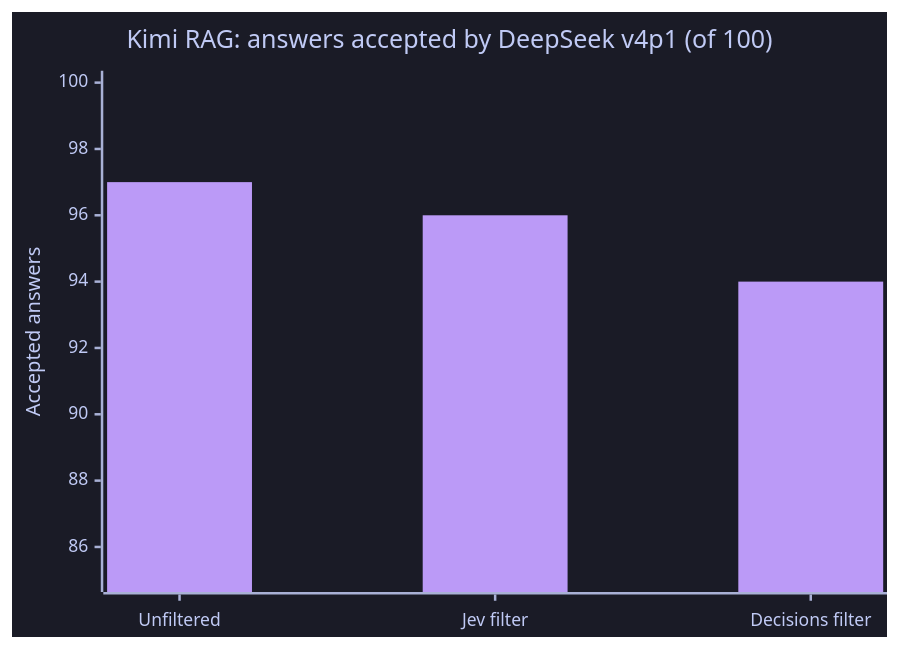
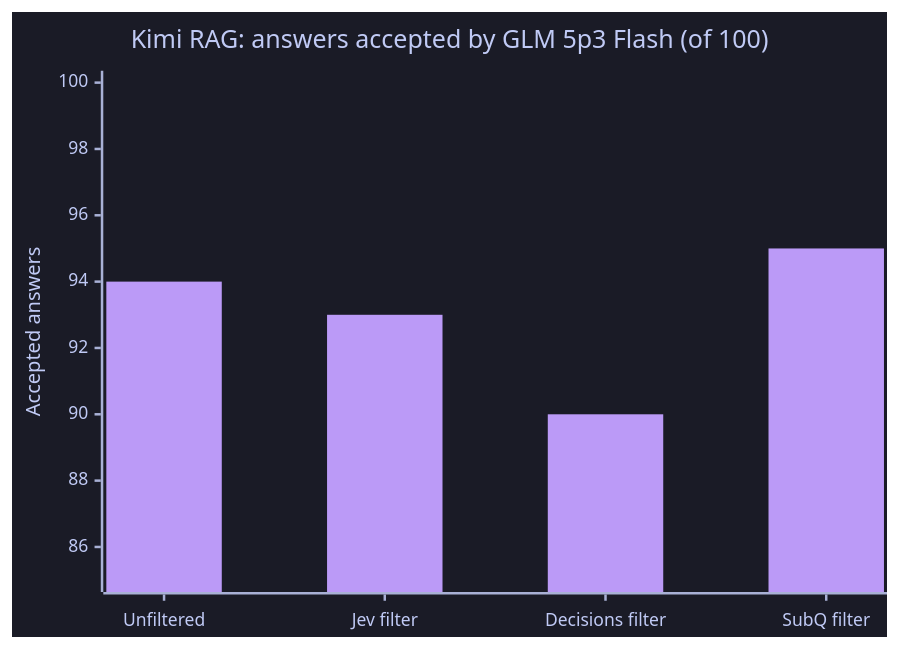
The second of 2 diagrams in experiments/jev-search-result-narrower/README.md (dorkitude/decision-model-testing), drawn with Mermaid before and after one commit. The commit also changed other lines of this file and 23 other files, not shown here.

````diff
--- a/experiments/jev-search-result-narrower/README.md
+++ b/experiments/jev-search-result-narrower/README.md
@@ -67,8 +69,8 @@
 ```mermaid
 %%{init: {"theme": "base", "themeVariables": {"background": "#1a1b26", "xyChart": {"backgroundColor": "#1a1b26", "titleColor": "#c0caf5", "xAxisLabelColor": "#c0caf5", "xAxisTitleColor": "#c0caf5", "xAxisLineColor": "#a9b1d6", "xAxisTickColor": "#a9b1d6", "yAxisLabelColor": "#c0caf5", "yAxisTitleColor": "#c0caf5", "yAxisLineColor": "#a9b1d6", "yAxisTickColor": "#a9b1d6", "plotColorPalette": "#bb9af7"}}}}%%
 xychart-beta
-    title "Kimi RAG: answers accepted by DeepSeek v4p1 (of 100)"
-    x-axis ["Unfiltered", "Jev filter", "Decisions filter"]
+    title "Kimi RAG: answers accepted by GLM 5p3 Flash (of 100)"
+    x-axis ["Unfiltered", "Jev filter", "Decisions filter", "SubQ filter"]
     y-axis "Accepted answers" 85 --> 100
-    bar [97, 96, 94]
+    bar [94, 93, 90, 95]
 ```
````
